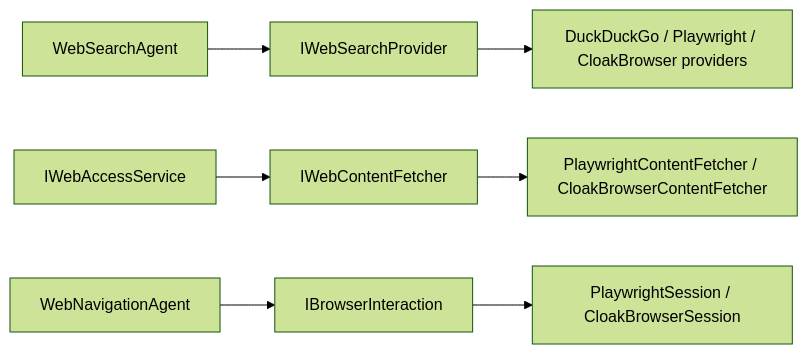
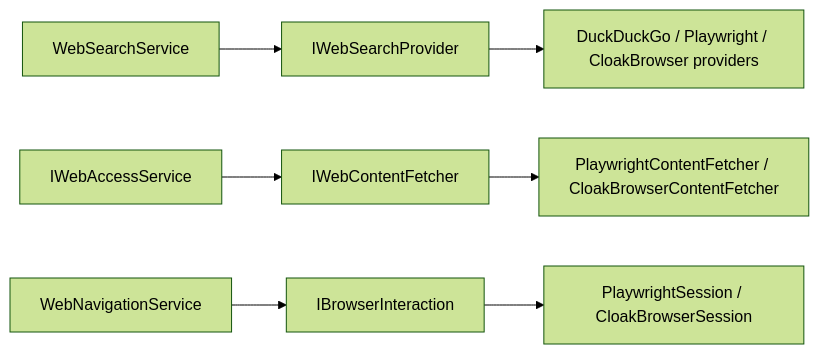
One commit to AlexNek/WebTools.NET changed the diagram in docs/index.md. Above: the diagram before and after it, drawn with Mermaid (forest theme). The commit also changed other lines of this file and 86 other files, not shown here.

First line of the commit message:
Stateful browseragent for llm driven multi turn web navigation (#6)

````diff
--- a/docs/index.md
+++ b/docs/index.md
@@ -25,9 +28,9 @@
 ```mermaid
 graph LR
-    A[WebSearchAgent] --> B[IWebSearchProvider]
+    A[WebSearchService] --> B[IWebSearchProvider]
     C[IWebAccessService] --> D[IWebContentFetcher]
-    E[WebNavigationAgent] --> F[IBrowserInteraction]
+    E[WebNavigationService] --> F[IBrowserInteraction]
     B --> G[DuckDuckGo / Playwright / CloakBrowser providers]
     D --> H[PlaywrightContentFetcher / CloakBrowserContentFetcher]
     F --> I[PlaywrightSession / CloakBrowserSession]
 ```
````
